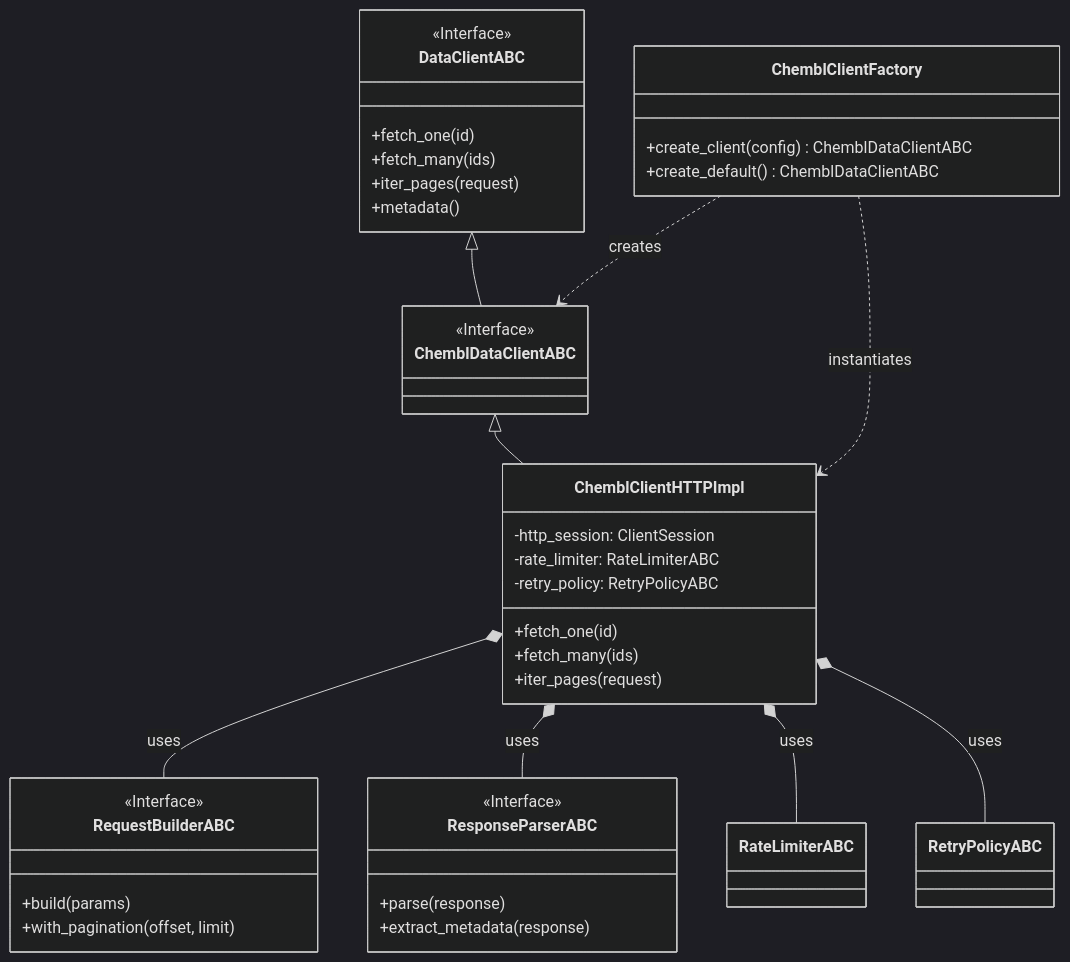
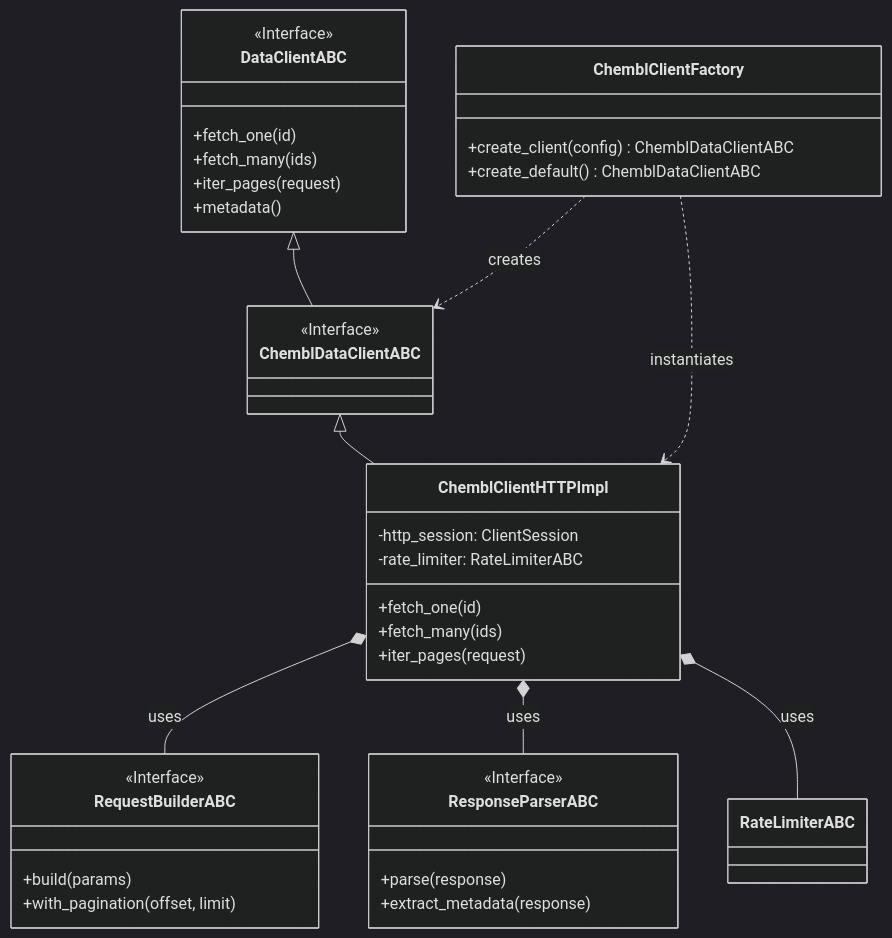
The fifth of 7 diagrams in docs/architecture/07-diagrams.md (SatoryKono/BioactivityDataAcquisition), drawn with Mermaid (dark theme) before and after one commit. The commit also changed 24 other files, not shown here.

````diff
--- a/docs/architecture/07-diagrams.md
+++ b/docs/architecture/07-diagrams.md
@@ -289,50 +289,48 @@
 ```mermaid
 classDiagram
     class DataClientABC {
         <<Interface>>
         +fetch_one(id)
         +fetch_many(ids)
         +iter_pages(request)
         +metadata()
     }
 
     class ChemblDataClientABC {
         <<Interface>>
     }
 
     class RequestBuilderABC {
         <<Interface>>
         +build(params)
         +with_pagination(offset, limit)
     }
 
     class ResponseParserABC {
         <<Interface>>
         +parse(response)
         +extract_metadata(response)
     }
 
     class ChemblClientHTTPImpl {
         -http_session: ClientSession
         -rate_limiter: RateLimiterABC
-        -retry_policy: RetryPolicyABC
         +fetch_one(id)
         +fetch_many(ids)
         +iter_pages(request)
     }
 
     class ChemblClientFactory {
         +create_client(config) ChemblDataClientABC
         +create_default() ChemblDataClientABC
     }
 
     DataClientABC <|-- ChemblDataClientABC
     ChemblDataClientABC <|-- ChemblClientHTTPImpl
     ChemblClientFactory ..> ChemblDataClientABC : creates
     ChemblClientFactory ..> ChemblClientHTTPImpl : instantiates
 
     ChemblClientHTTPImpl *-- RequestBuilderABC : uses
     ChemblClientHTTPImpl *-- ResponseParserABC : uses
     ChemblClientHTTPImpl *-- RateLimiterABC : uses
-    ChemblClientHTTPImpl *-- RetryPolicyABC : uses
 ```
````
